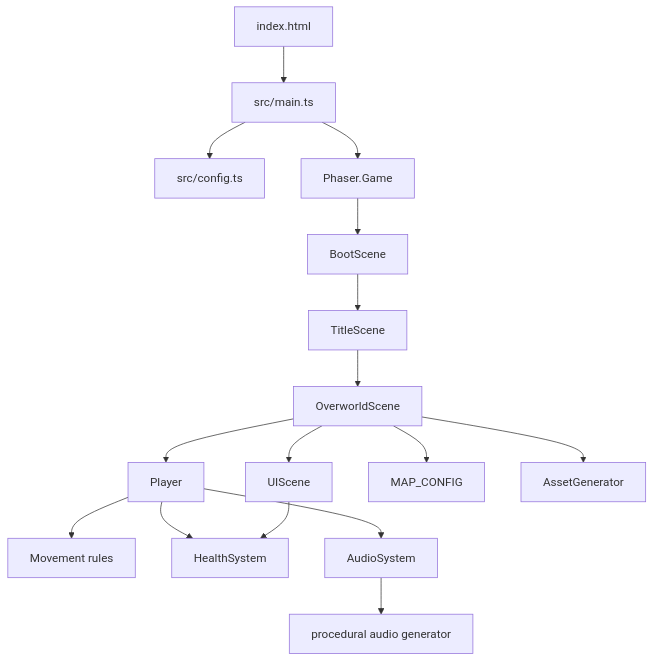
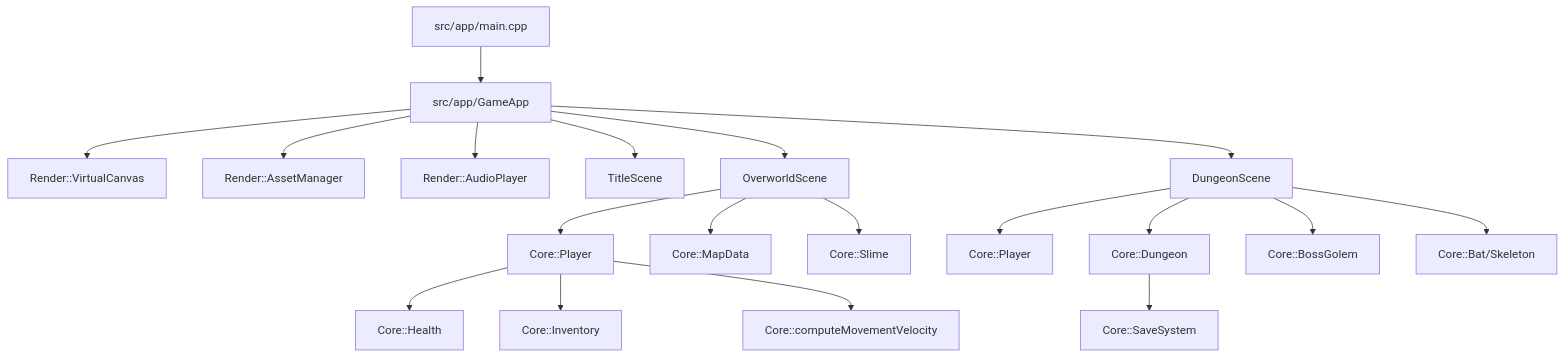
The first of 2 diagrams in docs/ARCHITECTURE.md (ricard0mat0s/zelda), drawn with Mermaid before and after one commit. The commit also changed other lines of this file, not shown here.

Commit message:
Update ARCHITECTURE.md for current C++ Raylib design

````diff
--- a/docs/ARCHITECTURE.md
+++ b/docs/ARCHITECTURE.md
@@ -11,21 +15,25 @@
 ```mermaid
 flowchart TD
-    Browser[index.html] --> Entry[src/main.ts]
-    Entry --> Config[src/config.ts]
-    Entry --> Game[Phaser.Game]
+    Main[src/app/main.cpp] --> GameApp[src/app/GameApp]
+    GameApp --> VirtualCanvas[Render::VirtualCanvas]
+    GameApp --> AssetManager[Render::AssetManager]
+    GameApp --> AudioPlayer[Render::AudioPlayer]
 
-    Game --> Boot[BootScene]
-    Boot --> Title[TitleScene]
-    Title --> Overworld[OverworldScene]
-    Overworld --> HUD[UIScene]
+    GameApp --> Title[TitleScene]
+    GameApp --> Overworld[OverworldScene]
+    GameApp --> Dungeon[DungeonScene]
 
-    Overworld --> Player[Player]
-    Player --> Movement[Movement rules]
-    Player --> Health[HealthSystem]
-    Player --> Audio[AudioSystem]
+    Overworld --> Player1[Core::Player]
+    Overworld --> Map[Core::MapData]
+    Overworld --> Slimes[Core::Slime]
 
-    Overworld --> Map[MAP_CONFIG]
-    Overworld --> Assets[AssetGenerator]
-    HUD --> Health
-    Audio --> ZzFX[procedural audio generator]
+    Dungeon --> Player2[Core::Player]
+    Dungeon --> DungeonModel[Core::Dungeon]
+    Dungeon --> Boss[Core::BossGolem]
+    Dungeon --> Enemies[Core::Bat/Skeleton]
+
+    Player1 --> Health[Core::Health]
+    Player1 --> Inventory[Core::Inventory]
+    Player1 --> Movement[Core::computeMovementVelocity]
+    DungeonModel --> SaveSystem[Core::SaveSystem]
 ```
````
